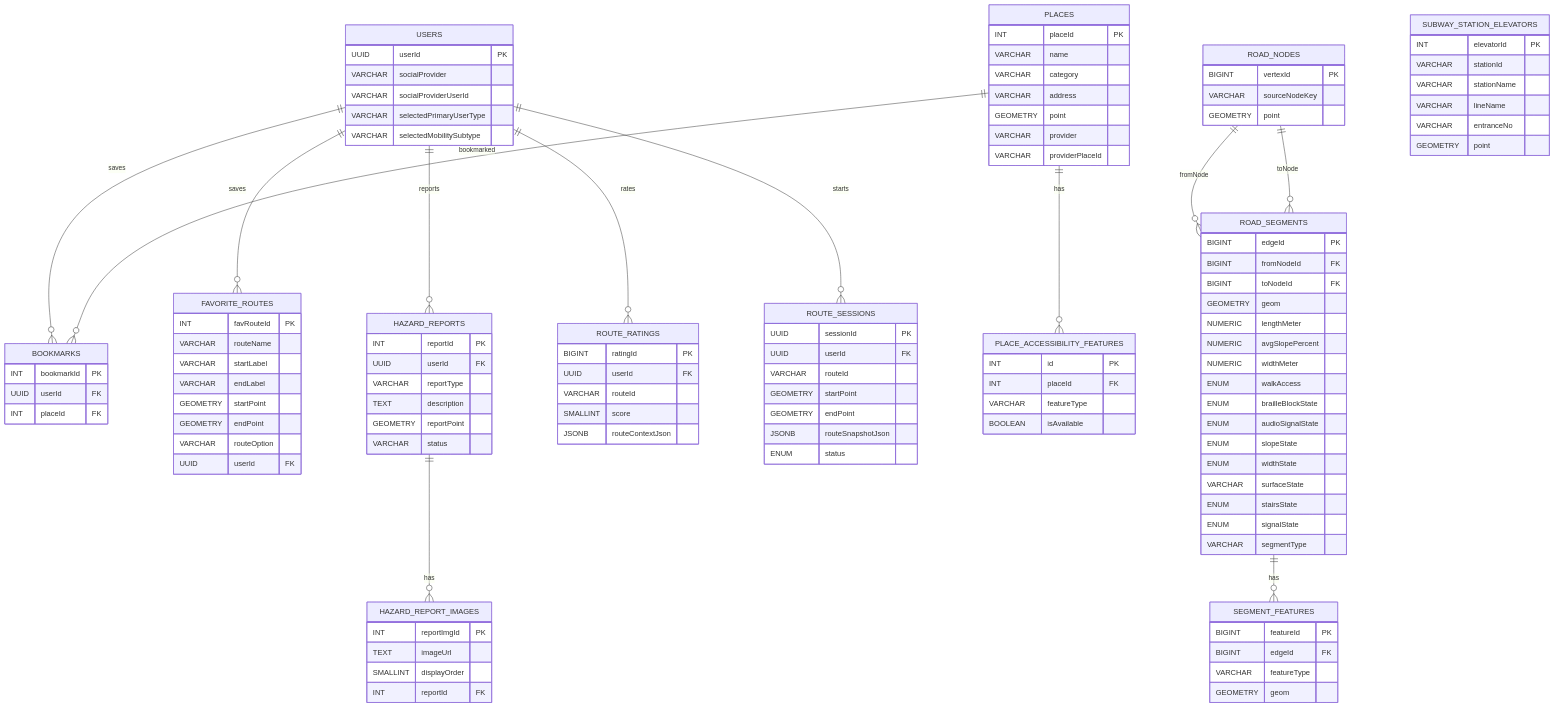
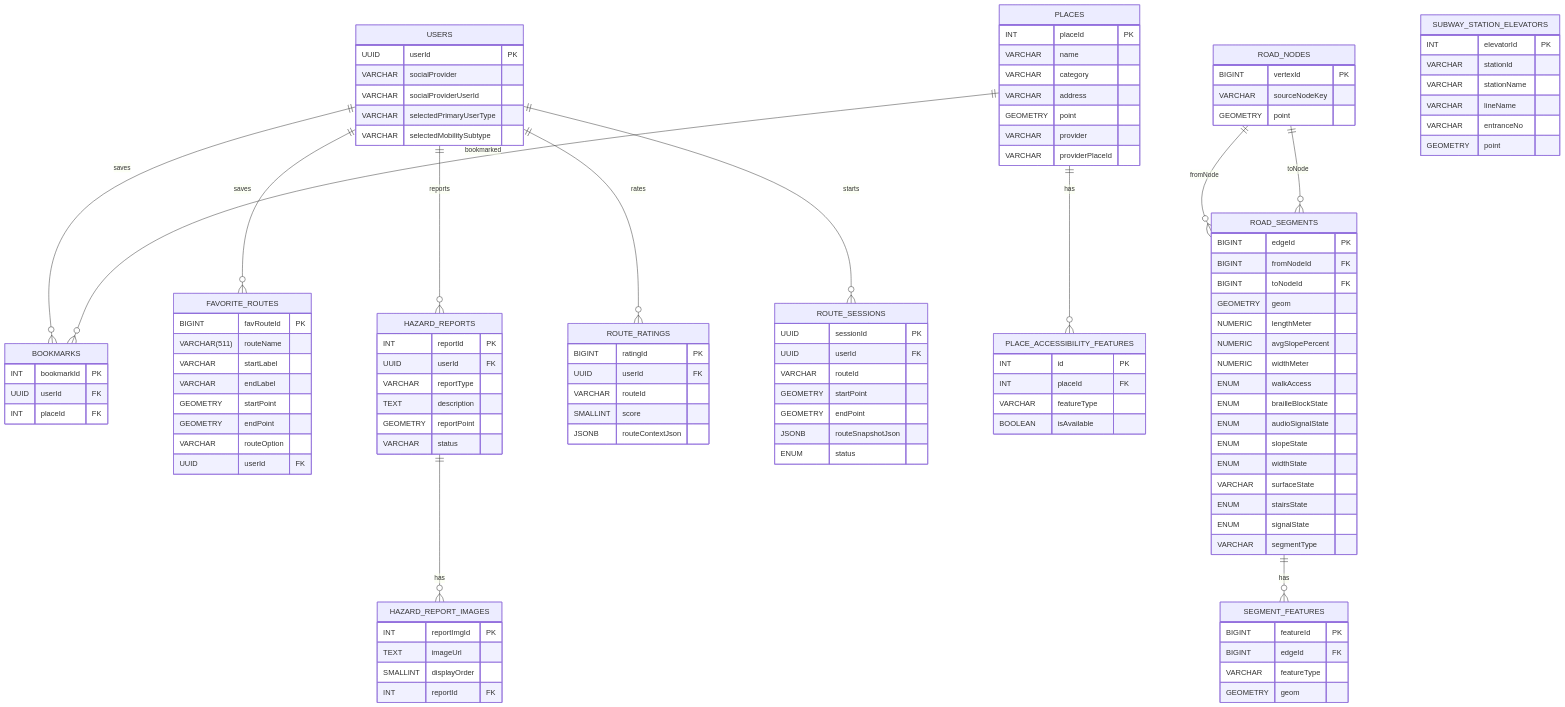
One commit to busaneumgil/busaneumgil changed the diagram in Docs/ERD/ERD_v4.md. Above: the diagram before and after it, drawn with Mermaid. The commit also changed other lines of this file and 2 other files, not shown here.

Commit message:
📝 Docs[S14P31E102-534]: API ERD 문서 정합성 수정

```diff
--- a/Docs/ERD/ERD_v4.md
+++ b/Docs/ERD/ERD_v4.md
@@ -115,8 +115,8 @@
     }
 
     FAVORITE_ROUTES {
-        INT favRouteId PK
-        VARCHAR routeName
+        BIGINT favRouteId PK
+        VARCHAR(511) routeName
         VARCHAR startLabel
         VARCHAR endLabel
         GEOMETRY startPoint
```
